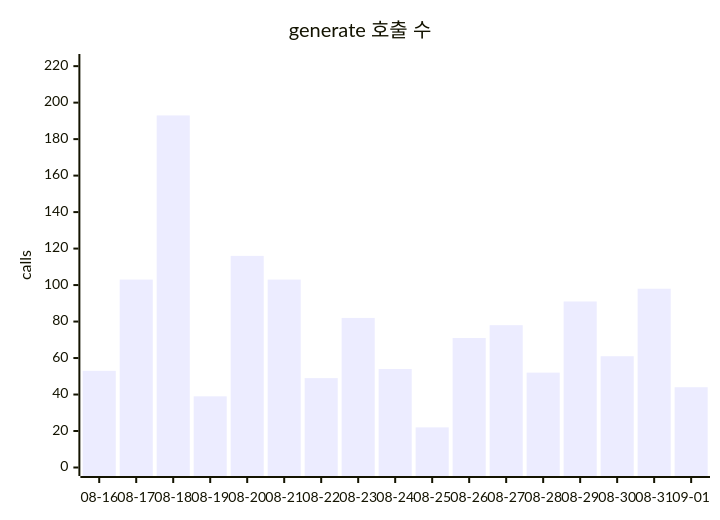
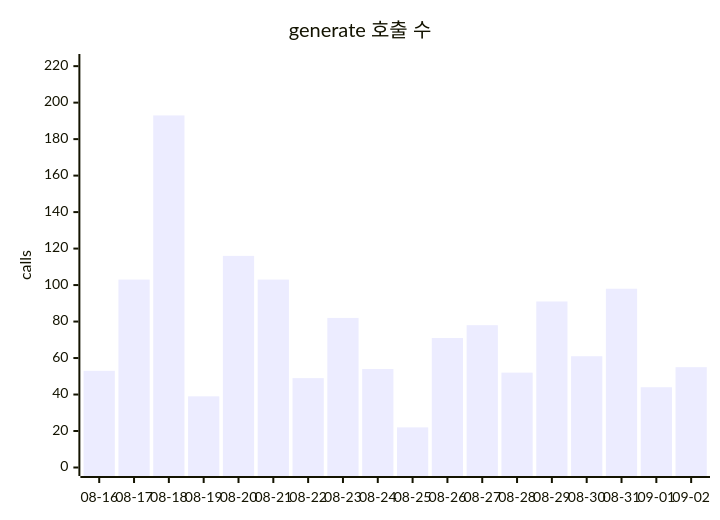
One commit to userri/PinQ-backend changed the first of 2 diagrams in docs/data/token-usage.md. Above: the diagram before and after it, drawn with Mermaid. The commit also changed other lines of this file and 3 other files, not shown here.

````diff
--- a/docs/data/token-usage.md
+++ b/docs/data/token-usage.md
@@ -83,7 +86,7 @@
 ```mermaid
 xychart-beta
     title "generate 호출 수"
-    x-axis ["08-16", "08-17", "08-18", "08-19", "08-20", "08-21", "08-22", "08-23", "08-24", "08-25", "08-26", "08-27", "08-28", "08-29", "08-30", "08-31", "09-01"]
+    x-axis ["08-16", "08-17", "08-18", "08-19", "08-20", "08-21", "08-22", "08-23", "08-24", "08-25", "08-26", "08-27", "08-28", "08-29", "08-30", "08-31", "09-01", "09-02"]
     y-axis "calls" 0 --> 222
-    bar [53, 103, 193, 39, 116, 103, 49, 82, 54, 22, 71, 78, 52, 91, 61, 98, 44]
+    bar [53, 103, 193, 39, 116, 103, 49, 82, 54, 22, 71, 78, 52, 91, 61, 98, 44, 55]
 ```
````
